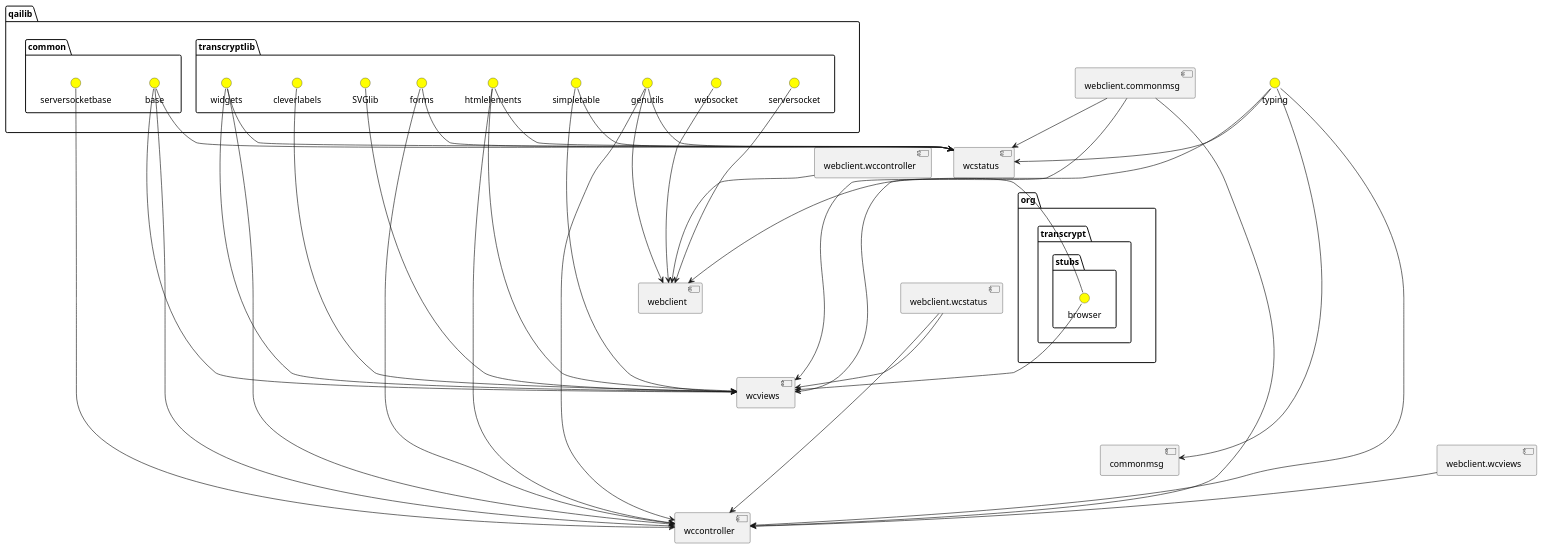
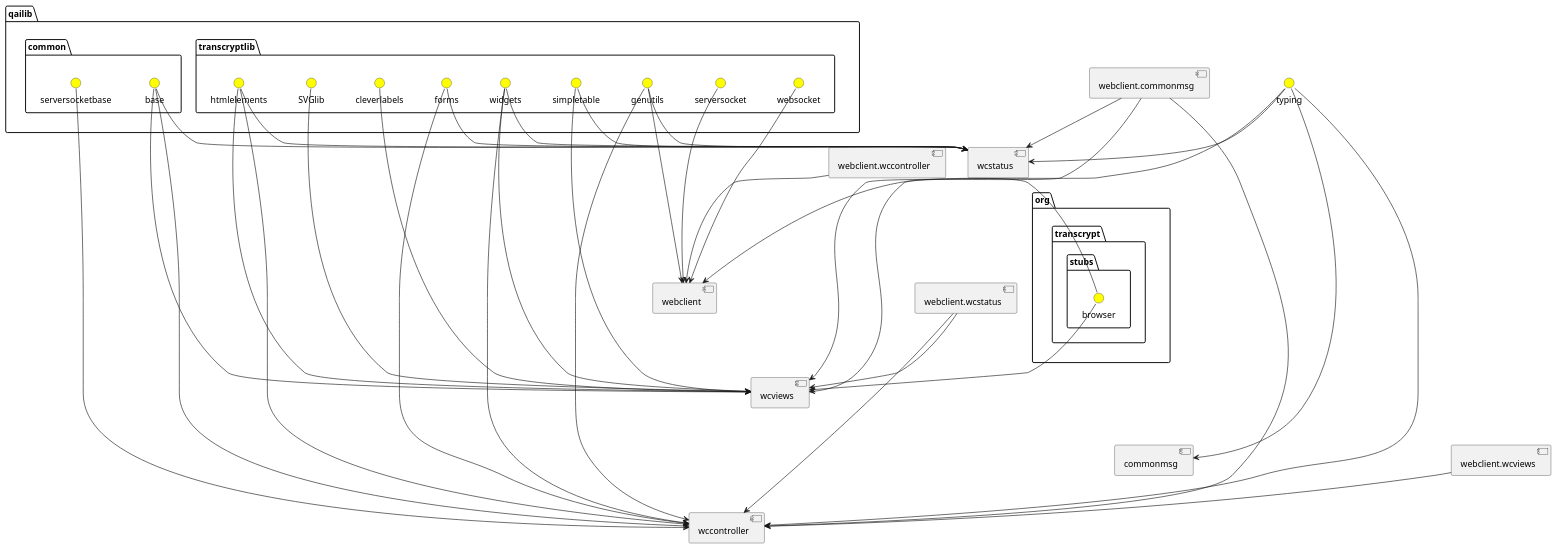
The diagram in stocky-devel/stocky/docs/source/uml_images/wcoverview.plantuml (cfe-lab/stocky), drawn with PlantUML before and after one commit. The commit also changed other lines of this file and 9 other files, not shown here.

```diff
--- a/stocky-devel/stocky/docs/source/uml_images/wcoverview.plantuml
+++ b/stocky-devel/stocky/docs/source/uml_images/wcoverview.plantuml
@@ -1,87 +1,87 @@
 @startuml
 component [wccontroller] as wccontroller
 component [wcviews] as wcviews
 component [wcstatus] as wcstatus
 component [webclient] as webclient
 component [commonmsg] as commonmsg
 package "org" {
 package "transcrypt" {
 package "stubs" {
 interface browser as org.transcrypt.stubs.browser #Yellow
 }
 }
 }
 interface typing as typing #Yellow
 package "qailib" {
 package "transcryptlib" {
+interface widgets as qailib.transcryptlib.widgets #Yellow
 interface forms as qailib.transcryptlib.forms #Yellow
 interface genutils as qailib.transcryptlib.genutils #Yellow
 interface htmlelements as qailib.transcryptlib.htmlelements #Yellow
-interface widgets as qailib.transcryptlib.widgets #Yellow
 interface simpletable as qailib.transcryptlib.simpletable #Yellow
+interface SVGlib as qailib.transcryptlib.SVGlib #Yellow
 interface cleverlabels as qailib.transcryptlib.cleverlabels #Yellow
-interface SVGlib as qailib.transcryptlib.SVGlib #Yellow
+interface serversocket as qailib.transcryptlib.serversocket #Yellow
 interface websocket as qailib.transcryptlib.websocket #Yellow
-interface serversocket as qailib.transcryptlib.serversocket #Yellow
 }
 package "common" {
 interface base as qailib.common.base #Yellow
 interface serversocketbase as qailib.common.serversocketbase #Yellow
 }
 }
+[qailib.transcryptlib.widgets] --> [wcstatus]
 [qailib.transcryptlib.forms] --> [wcstatus]
+[qailib.common.base] --> [wcstatus]
+[webclient.commonmsg] --> [wcstatus]
+[qailib.transcryptlib.genutils] --> [wcstatus]
 [typing] --> [wcstatus]
-[qailib.transcryptlib.genutils] --> [wcstatus]
 [qailib.transcryptlib.htmlelements] --> [wcstatus]
-[qailib.transcryptlib.widgets] --> [wcstatus]
-[webclient.commonmsg] --> [wcstatus]
 [qailib.transcryptlib.simpletable] --> [wcstatus]
-[qailib.common.base] --> [wcstatus]
+[webclient.wccontroller] --> [webclient]
+[qailib.transcryptlib.genutils] --> [webclient]
+[org.transcrypt.stubs.browser] --> [webclient]
+[qailib.transcryptlib.serversocket] --> [webclient]
 [qailib.transcryptlib.websocket] --> [webclient]
-[org.transcrypt.stubs.browser] --> [webclient]
-[qailib.transcryptlib.genutils] --> [webclient]
-[qailib.transcryptlib.serversocket] --> [webclient]
-[webclient.wccontroller] --> [webclient]
+[qailib.transcryptlib.widgets] --> [wcviews]
+[qailib.common.base] --> [wcviews]
+[webclient.commonmsg] --> [wcviews]
+[qailib.transcryptlib.SVGlib] --> [wcviews]
 [org.transcrypt.stubs.browser] --> [wcviews]
+[qailib.transcryptlib.cleverlabels] --> [wcviews]
 [typing] --> [wcviews]
+[webclient.wcstatus] --> [wcviews]
 [qailib.transcryptlib.htmlelements] --> [wcviews]
-[qailib.transcryptlib.cleverlabels] --> [wcviews]
-[qailib.transcryptlib.SVGlib] --> [wcviews]
-[qailib.transcryptlib.widgets] --> [wcviews]
-[webclient.commonmsg] --> [wcviews]
 [qailib.transcryptlib.simpletable] --> [wcviews]
-[webclient.wcstatus] --> [wcviews]
-[qailib.common.base] --> [wcviews]
 [typing] --> [commonmsg]
+[qailib.transcryptlib.widgets] --> [wccontroller]
+[qailib.common.base] --> [wccontroller]
 [qailib.transcryptlib.forms] --> [wccontroller]
+[webclient.wcviews] --> [wccontroller]
+[webclient.commonmsg] --> [wccontroller]
+[qailib.common.serversocketbase] --> [wccontroller]
+[qailib.transcryptlib.genutils] --> [wccontroller]
+[webclient.wcstatus] --> [wccontroller]
 [typing] --> [wccontroller]
-[qailib.transcryptlib.genutils] --> [wccontroller]
 [qailib.transcryptlib.htmlelements] --> [wccontroller]
-[qailib.transcryptlib.widgets] --> [wccontroller]
-[webclient.commonmsg] --> [wccontroller]
-[webclient.wcviews] --> [wccontroller]
-[webclient.wcstatus] --> [wccontroller]
-[qailib.common.base] --> [wccontroller]
-[qailib.common.serversocketbase] --> [wccontroller]
 wcstatus -[hidden]- qailib
 wcstatus -[hidden]- webclient
 wcstatus -[hidden]- wcviews
 wcstatus -[hidden]- org
 wcstatus -[hidden]- commonmsg
 wcstatus -[hidden]- wccontroller
 qailib -[hidden]- webclient
 qailib -[hidden]- wcviews
 qailib -[hidden]- org
 qailib -[hidden]- commonmsg
 qailib -[hidden]- wccontroller
 webclient -[hidden]- wcviews
 webclient -[hidden]- org
 webclient -[hidden]- commonmsg
 webclient -[hidden]- wccontroller
 wcviews -[hidden]- org
 wcviews -[hidden]- commonmsg
 wcviews -[hidden]- wccontroller
 org -[hidden]- commonmsg
 org -[hidden]- wccontroller
 commonmsg -[hidden]- wccontroller
 @enduml
```
